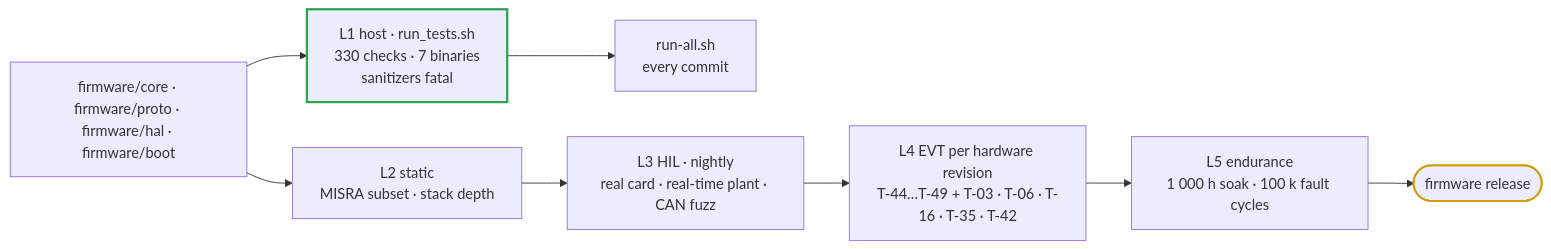
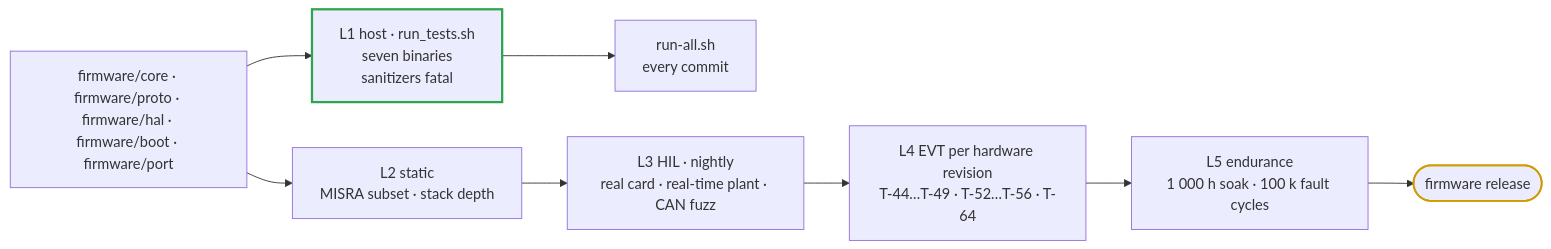
The diagram in docs/firmware-verification.md (vectivolt/DC-Modules), drawn with Mermaid before and after one commit. The commit also changed other lines of this file and 802 other files, not shown here.

````diff
--- a/docs/firmware-verification.md
+++ b/docs/firmware-verification.md
@@ -35,12 +35,12 @@
 ```mermaid
 flowchart LR
-  SRC["firmware/core · firmware/proto · firmware/hal · firmware/boot"] --> L1["L1 host · run_tests.sh<br/>330 checks · 7 binaries<br/>sanitizers fatal"]
+  SRC["firmware/core · firmware/proto · firmware/hal · firmware/boot · firmware/port"] --> L1["L1 host · run_tests.sh<br/>seven binaries<br/>sanitizers fatal"]
   SRC --> L2["L2 static<br/>MISRA subset · stack depth"]
   L1 --> RA["run-all.sh<br/>every commit"]
   L2 --> L3["L3 HIL · nightly<br/>real card · real-time plant · CAN fuzz"]
-  L3 --> L4["L4 EVT per hardware revision<br/>T-44…T-49 + T-03 · T-06 · T-16 · T-35 · T-42"]
+  L3 --> L4["L4 EVT per hardware revision<br/>T-44…T-49 · T-52…T-56 · T-64"]
   L4 --> L5["L5 endurance<br/>1 000 h soak · 100 k fault cycles"]
   L5 --> REL(["firmware release"])
   style L1 stroke:#2ea44f,stroke-width:2.5px
   style REL stroke:#d19a00,stroke-width:2px
 ```
````
